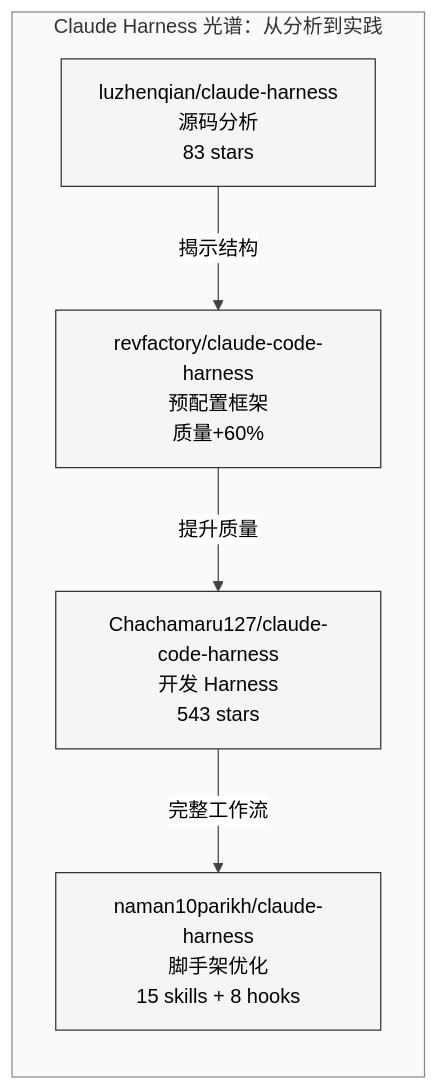
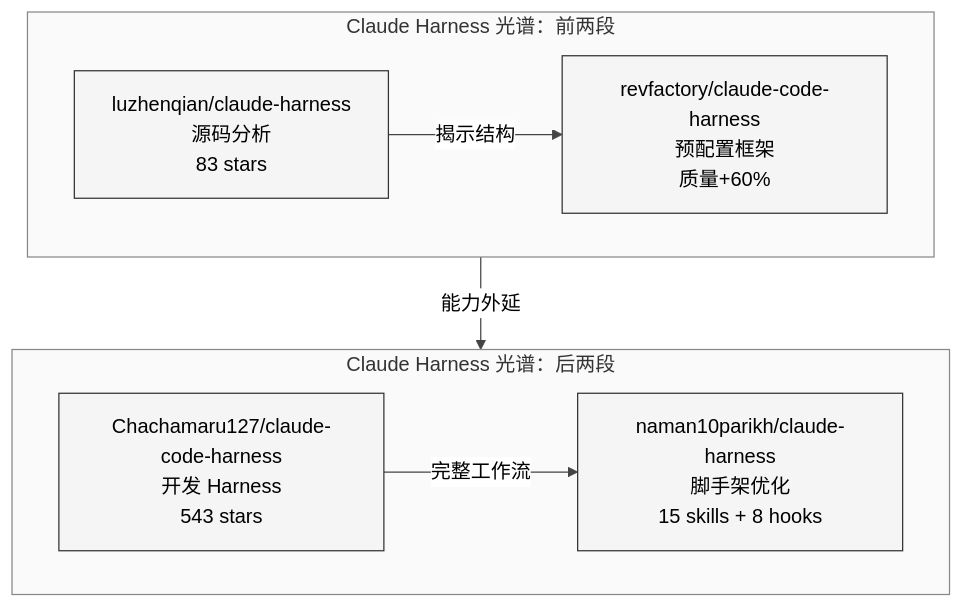
Before and after one commit to xiaonancs/hermes-agent-study: the first of 4 diagrams in part3-comparative-analysis/29-全网Harness实现全景.md, drawn with Mermaid. The commit also changed other lines of this file and 16 other files, not shown here.

````diff
--- a/part3-comparative-analysis/29-全网Harness实现全景.md
+++ b/part3-comparative-analysis/29-全网Harness实现全景.md
@@ -39,19 +39,13 @@
 ```mermaid
 %%{init: {'theme': 'neutral', 'themeVariables': {'background': '#ffffff', 'primaryColor': '#f5f5f5', 'primaryTextColor': '#000000', 'primaryBorderColor': '#333333', 'lineColor': '#444444', 'textColor': '#000000', 'mainBkg': '#f5f5f5', 'nodeBorder': '#333333', 'clusterBkg': '#fafafa', 'clusterBorder': '#888888', 'edgeLabelBackground': '#ffffff'}}}%%
-graph LR
-    subgraph spectrum["Claude Harness 光谱：从分析到实践"]
-        A["luzhenqian/claude-harness<br/>源码分析<br/>83 stars"]
-        B["revfactory/claude-code-harness<br/>预配置框架<br/>质量+60%"]
-        C["Chachamaru127/claude-code-harness<br/>开发 Harness<br/>543 stars"]
-        D["naman10parikh/claude-harness<br/>脚手架优化<br/>15 skills + 8 hooks"]
+graph TD
+    subgraph row1["Claude Harness 光谱：前两段"]
+        direction LR
+        A["luzhenqian/claude-harness<br/>源码分析<br/>83 stars"] -->|"揭示结构"| B["revfactory/claude-code-harness<br/>预配置框架<br/>质量+60%"]
     end
-
-    A -->|"揭示结构"| B
-    B -->|"提升质量"| C
-    C -->|"完整工作流"| D
-
-    style A fill:#f5f5f5,stroke:#333333,color:#000000
-    style B fill:#f5f5f5,stroke:#333333,color:#000000
-    style C fill:#f5f5f5,stroke:#333333,color:#000000
-    style D fill:#f5f5f5,stroke:#333333,color:#000000
+    subgraph row2["Claude Harness 光谱：后两段"]
+        direction LR
+        C["Chachamaru127/claude-code-harness<br/>开发 Harness<br/>543 stars"] -->|"完整工作流"| D["naman10parikh/claude-harness<br/>脚手架优化<br/>15 skills + 8 hooks"]
+    end
+    B -->|"能力外延"| C
 ```
````
